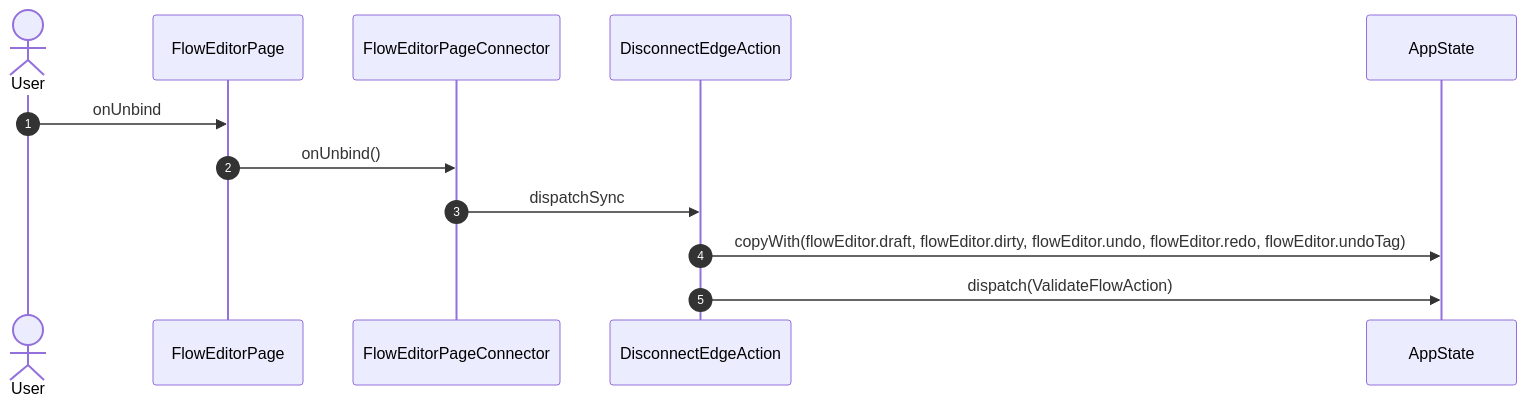
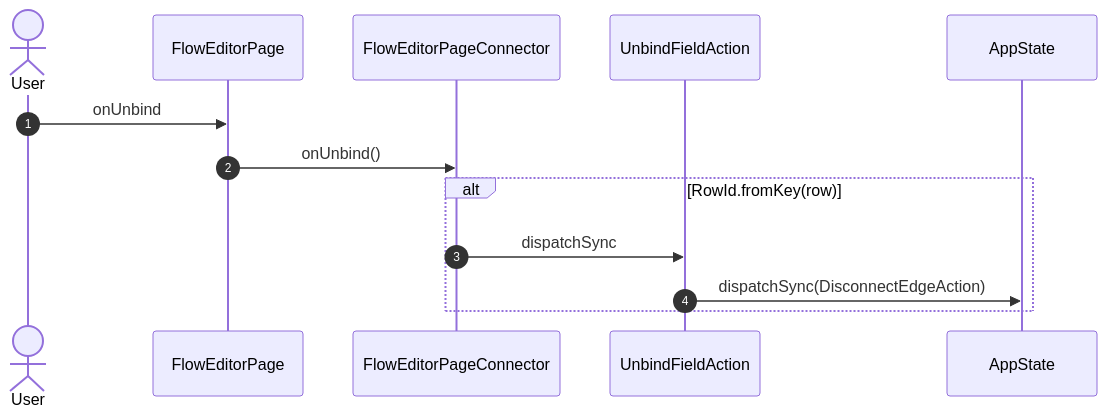
Before and after one commit to gencto/wyrm: diagram 32 of 42 in studio/docs/flows/flowEditor.md, drawn with Mermaid. The commit also changed other lines of this file and 49 other files, not shown here.

````diff
--- a/studio/docs/flows/flowEditor.md
+++ b/studio/docs/flows/flowEditor.md
@@ -704,15 +606,16 @@
 ```mermaid
 sequenceDiagram
     autonumber
     actor User
     participant UI as FlowEditorPage
     participant VM as FlowEditorPageConnector
-    participant A1 as DisconnectEdgeAction
+    participant A1 as UnbindFieldAction
     participant ST as AppState
 
     User->>UI: onUnbind
     UI->>VM: onUnbind()
-    VM->>A1: dispatchSync
-    A1->>ST: copyWith(flowEditor.draft, flowEditor.dirty, flowEditor.undo, flowEditor.redo, flowEditor.undoTag)
-    A1->>ST: dispatch(ValidateFlowAction)
+    alt RowId.fromKey(row)
+        VM->>A1: dispatchSync
+        A1->>ST: dispatchSync(DisconnectEdgeAction)
+    end
 ```
````
